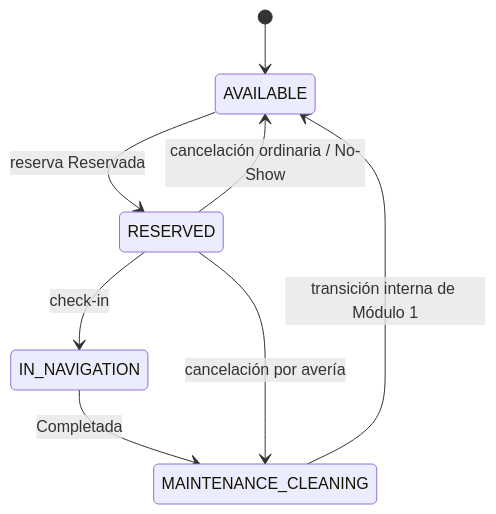
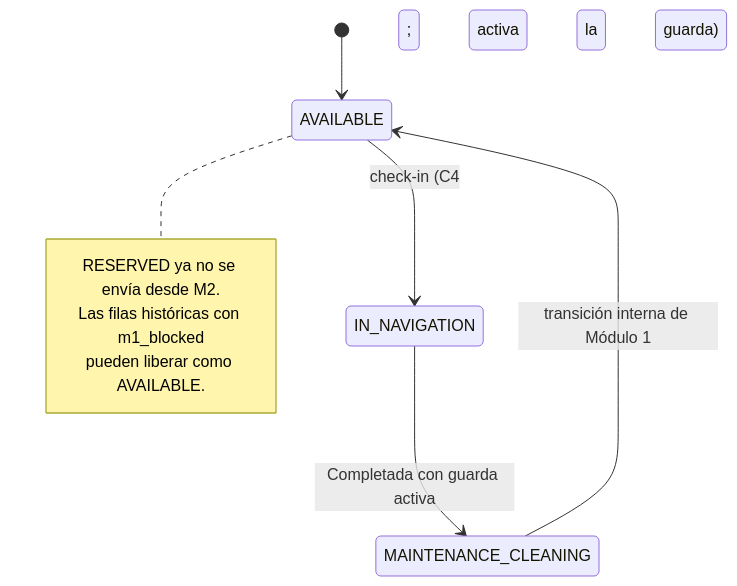
Before and after one commit to Alyson2105/SeaShare-modulo-2: the second of 2 diagrams in Documentación/features/CU-22-recibir-informacion-estado-operativo/plan.md, drawn with Mermaid. The commit also changed other lines of this file and 6 other files, not shown here.

````diff
--- a/Documentación/features/CU-22-recibir-informacion-estado-operativo/plan.md
+++ b/Documentación/features/CU-22-recibir-informacion-estado-operativo/plan.md
@@ -273,10 +265,12 @@
 ```mermaid
 stateDiagram-v2
     [*] --> AVAILABLE
-    AVAILABLE --> RESERVED: reserva Reservada
-    RESERVED --> IN_NAVIGATION: check-in
-    IN_NAVIGATION --> MAINTENANCE_CLEANING: Completada
-    RESERVED --> AVAILABLE: cancelación ordinaria / No-Show
-    RESERVED --> MAINTENANCE_CLEANING: cancelación por avería
+    AVAILABLE --> IN_NAVIGATION: check-in (C4; activa la guarda)
+    IN_NAVIGATION --> MAINTENANCE_CLEANING: Completada con guarda activa
     MAINTENANCE_CLEANING --> AVAILABLE: transición interna de Módulo 1
+    note right of AVAILABLE
+        RESERVED ya no se envía desde M2.
+        Las filas históricas con m1_blocked
+        pueden liberar como AVAILABLE.
+    end note
 ```
````
